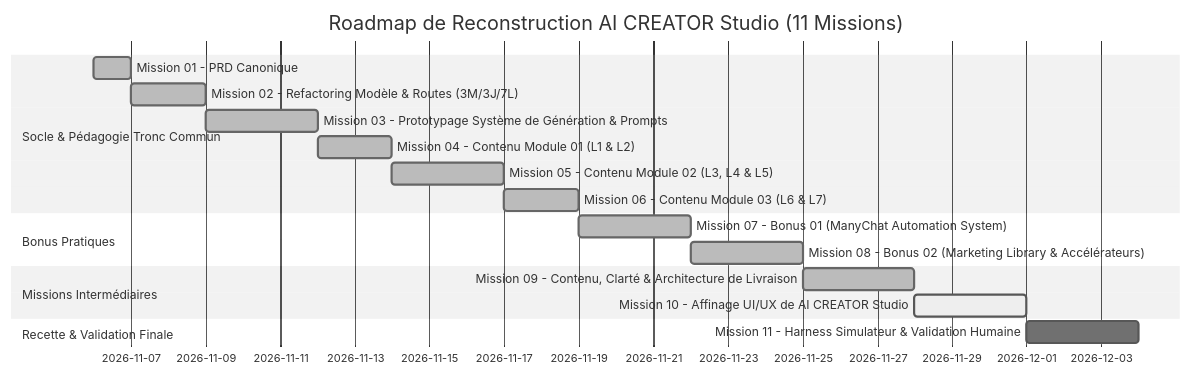
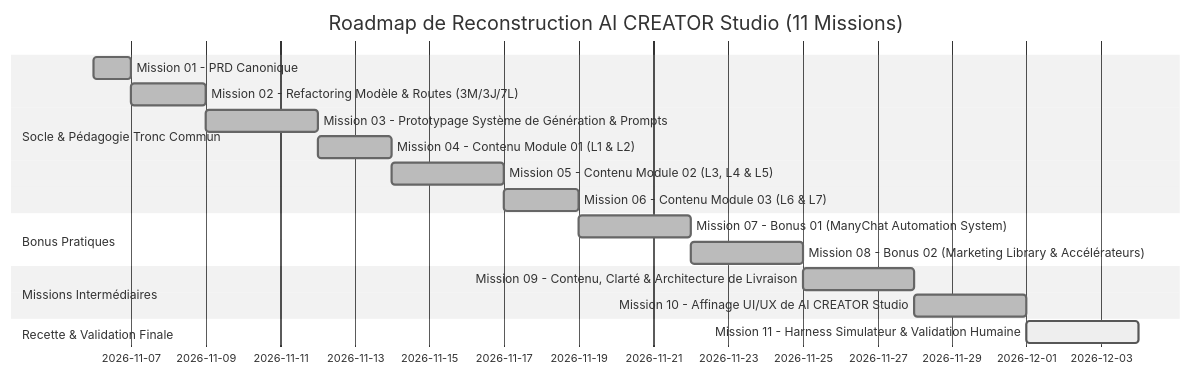
One commit to Kreesten-hsh/AI_CREATOR_STUDIO changed diagram 11 of 11 in docs/COURSE_PRD.md. Above: the diagram before and after it, drawn with Mermaid (neutral theme). The commit also changed other lines of this file and 51 other files, not shown here.

````diff
--- a/docs/COURSE_PRD.md
+++ b/docs/COURSE_PRD.md
@@ -1089,20 +1094,20 @@
 ```mermaid
 gantt
     title Roadmap de Reconstruction AI CREATOR Studio (11 Missions)
     dateFormat  YYYY-MM-DD
     section Socle & Pédagogie Tronc Commun
     Mission 01 - PRD Canonique :done, m1, 2026-11-06, 1d
     Mission 02 - Refactoring Modèle & Routes (3M/3J/7L) :done, m2, after m1, 2d
     Mission 03 - Prototypage Système de Génération & Prompts :done, m3, after m2, 3d
     Mission 04 - Contenu Module 01 (L1 & L2) :done, m4, after m3, 2d
     Mission 05 - Contenu Module 02 (L3, L4 & L5) :done, m5, after m4, 3d
     Mission 06 - Contenu Module 03 (L6 & L7) :done, m6, after m5, 2d
     section Bonus Pratiques
     Mission 07 - Bonus 01 (ManyChat Automation System) :done, m7, after m6, 3d
     Mission 08 - Bonus 02 (Marketing Library & Accélérateurs) :done, m8, after m7, 3d
     section Missions Intermédiaires
     Mission 09 - Contenu, Clarté & Architecture de Livraison :done, m9, after m8, 3d
-    Mission 10 - Affinage UI/UX de AI CREATOR Studio :active, m10, after m9, 3d
+    Mission 10 - Affinage UI/UX de AI CREATOR Studio :done, m10, after m9, 3d
     section Recette & Validation Finale
-    Mission 11 - Harness Simulateur & Validation Humaine :m11, after m10, 3d
+    Mission 11 - Harness Simulateur & Validation Humaine :active, m11, after m10, 3d
 ```
````
